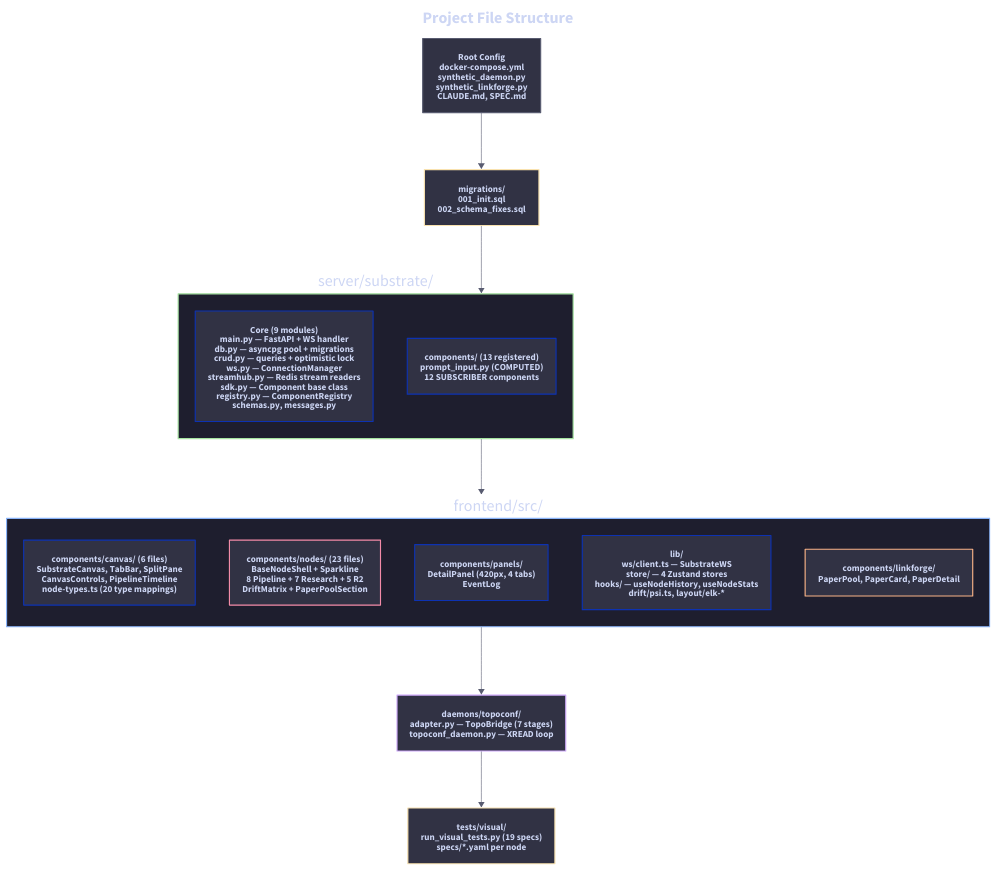
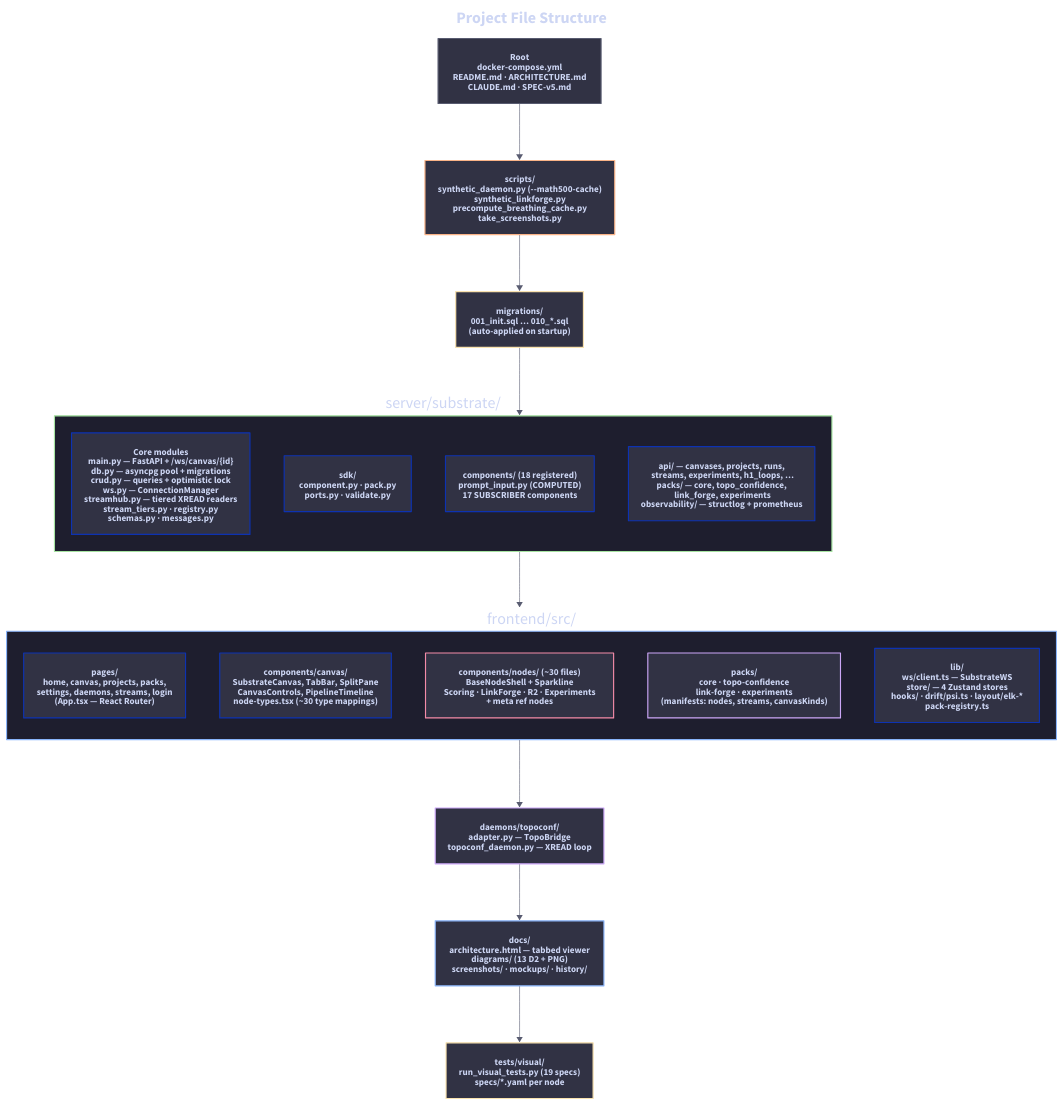
The diagram in docs/diagrams/11-file-structure.d2 (musicofhel/node-graph-substrate), drawn with D2 before and after one commit. The commit also changed 13 other files, not shown here.

First line of the commit message:
docs: update + re-render D2 diagrams to match pack-based architecture

```diff
--- a/docs/diagrams/11-file-structure.d2
+++ b/docs/diagrams/11-file-structure.d2
@@ -1,89 +1,113 @@
 direction: down
 
 title: {
   label: Project File Structure
   near: top-center
   shape: text
   style.font-size: 28
   style.bold: true
   style.font-color: "#cdd6f4"
 }
 
-config: "Root Config\ndocker-compose.yml\nsynthetic_daemon.py\nsynthetic_linkforge.py\nCLAUDE.md, SPEC.md" {
+config: "Root\ndocker-compose.yml\nREADME.md · ARCHITECTURE.md\nCLAUDE.md · SPEC-v5.md" {
   style.fill: "#313244"
   style.stroke: "#585b70"
   style.font-color: "#cdd6f4"
 }
 
-migrations: "migrations/\n001_init.sql\n002_schema_fixes.sql" {
+scripts: "scripts/\nsynthetic_daemon.py (--math500-cache)\nsynthetic_linkforge.py\nprecompute_breathing_cache.py\ntake_screenshots.py" {
+  style.fill: "#313244"
+  style.stroke: "#fab387"
+  style.font-color: "#cdd6f4"
+}
+
+migrations: "migrations/\n001_init.sql … 010_*.sql\n(auto-applied on startup)" {
   style.fill: "#313244"
   style.stroke: "#f9e2af"
   style.font-color: "#cdd6f4"
 }
 
 server: "server/substrate/" {
   style.fill: "#1e1e2e"
   style.stroke: "#a6e3a1"
   style.font-color: "#cdd6f4"
 
-  core: "Core (9 modules)\nmain.py — FastAPI + WS handler\ndb.py — asyncpg pool + migrations\ncrud.py — queries + optimistic lock\nws.py — ConnectionManager\nstreamhub.py — Redis stream readers\nsdk.py — Component base class\nregistry.py — ComponentRegistry\nschemas.py, messages.py" {
+  core: "Core modules\nmain.py — FastAPI + /ws/canvas/{id}\ndb.py — asyncpg pool + migrations\ncrud.py — queries + optimistic lock\nws.py — ConnectionManager\nstreamhub.py — tiered XREAD readers\nstream_tiers.py · registry.py\nschemas.py · messages.py" {
     style.fill: "#313244"
     style.font-color: "#cdd6f4"
   }
 
-  components: "components/ (13 registered)\nprompt_input.py (COMPUTED)\n12 SUBSCRIBER components" {
+  sdk: "sdk/\ncomponent.py · pack.py\nports.py · validate.py" {
+    style.fill: "#313244"
+    style.font-color: "#cdd6f4"
+  }
+
+  components: "components/ (18 registered)\nprompt_input.py (COMPUTED)\n17 SUBSCRIBER components" {
+    style.fill: "#313244"
+    style.font-color: "#cdd6f4"
+  }
+
+  packs_api: "api/ — canvases, projects, runs,\n  streams, experiments, h1_loops, …\npacks/ — core, topo_confidence,\n  link_forge, experiments\nobservability/ — structlog + prometheus" {
     style.fill: "#313244"
     style.font-color: "#cdd6f4"
   }
 }
 
 frontend: "frontend/src/" {
   style.fill: "#1e1e2e"
   style.stroke: "#89b4fa"
   style.font-color: "#cdd6f4"
 
-  canvas: "components/canvas/ (6 files)\nSubstrateCanvas, TabBar, SplitPane\nCanvasControls, PipelineTimeline\nnode-types.ts (20 type mappings)" {
+  pages: "pages/\nhome, canvas, projects, packs,\nsettings, daemons, streams, login\n(App.tsx — React Router)" {
     style.fill: "#313244"
     style.font-color: "#cdd6f4"
   }
 
-  nodes: "components/nodes/ (23 files)\nBaseNodeShell + Sparkline\n8 Pipeline + 7 Research + 5 R2\nDriftMatrix + PaperPoolSection" {
+  canvas: "components/canvas/\nSubstrateCanvas, TabBar, SplitPane\nCanvasControls, PipelineTimeline\nnode-types.tsx (~30 type mappings)" {
+    style.fill: "#313244"
+    style.font-color: "#cdd6f4"
+  }
+
+  nodes: "components/nodes/ (~30 files)\nBaseNodeShell + Sparkline\nScoring · LinkForge · R2 · Experiments\n+ meta ref nodes" {
     style.fill: "#313244"
     style.stroke: "#f38ba8"
     style.font-color: "#cdd6f4"
   }
 
-  panels: "components/panels/\nDetailPanel (420px, 4 tabs)\nEventLog" {
+  packs: "packs/\ncore · topo-confidence\nlink-forge · experiments\n(manifests: nodes, streams, canvasKinds)" {
     style.fill: "#313244"
+    style.stroke: "#cba6f7"
     style.font-color: "#cdd6f4"
   }
 
-  lib: "lib/\nws/client.ts — SubstrateWS\nstore/ — 4 Zustand stores\nhooks/ — useNodeHistory, useNodeStats\ndrift/psi.ts, layout/elk-*" {
+  lib: "lib/\nws/client.ts — SubstrateWS\nstore/ — 4 Zustand stores\nhooks/ · drift/psi.ts · layout/elk-*\npack-registry.ts" {
     style.fill: "#313244"
-    style.font-color: "#cdd6f4"
-  }
-
-  linkforge: "components/linkforge/\nPaperPool, PaperCard, PaperDetail" {
-    style.fill: "#313244"
-    style.stroke: "#fab387"
     style.font-color: "#cdd6f4"
   }
 }
 
-daemons: "daemons/topoconf/\nadapter.py — TopoBridge (7 stages)\ntopoconf_daemon.py — XREAD loop" {
+daemons: "daemons/topoconf/\nadapter.py — TopoBridge\ntopoconf_daemon.py — XREAD loop" {
   style.fill: "#313244"
   style.stroke: "#cba6f7"
+  style.font-color: "#cdd6f4"
+}
+
+docs: "docs/\narchitecture.html — tabbed viewer\ndiagrams/ (13 D2 + PNG)\nscreenshots/ · mockups/ · history/" {
+  style.fill: "#313244"
+  style.stroke: "#89b4fa"
   style.font-color: "#cdd6f4"
 }
 
 tests: "tests/visual/\nrun_visual_tests.py (19 specs)\nspecs/*.yaml per node" {
   style.fill: "#313244"
   style.stroke: "#f9e2af"
   style.font-color: "#cdd6f4"
 }
 
-config -> migrations: "" {style.stroke: "#585b70"; style.stroke-width: 1}
+config -> scripts: "" {style.stroke: "#585b70"; style.stroke-width: 1}
+scripts -> migrations: "" {style.stroke: "#585b70"; style.stroke-width: 1}
 migrations -> server: "" {style.stroke: "#585b70"; style.stroke-width: 1}
 server -> frontend: "" {style.stroke: "#585b70"; style.stroke-width: 1}
 frontend -> daemons: "" {style.stroke: "#585b70"; style.stroke-width: 1}
-daemons -> tests: "" {style.stroke: "#585b70"; style.stroke-width: 1}
+daemons -> docs: "" {style.stroke: "#585b70"; style.stroke-width: 1}
+docs -> tests: "" {style.stroke: "#585b70"; style.stroke-width: 1}
```
